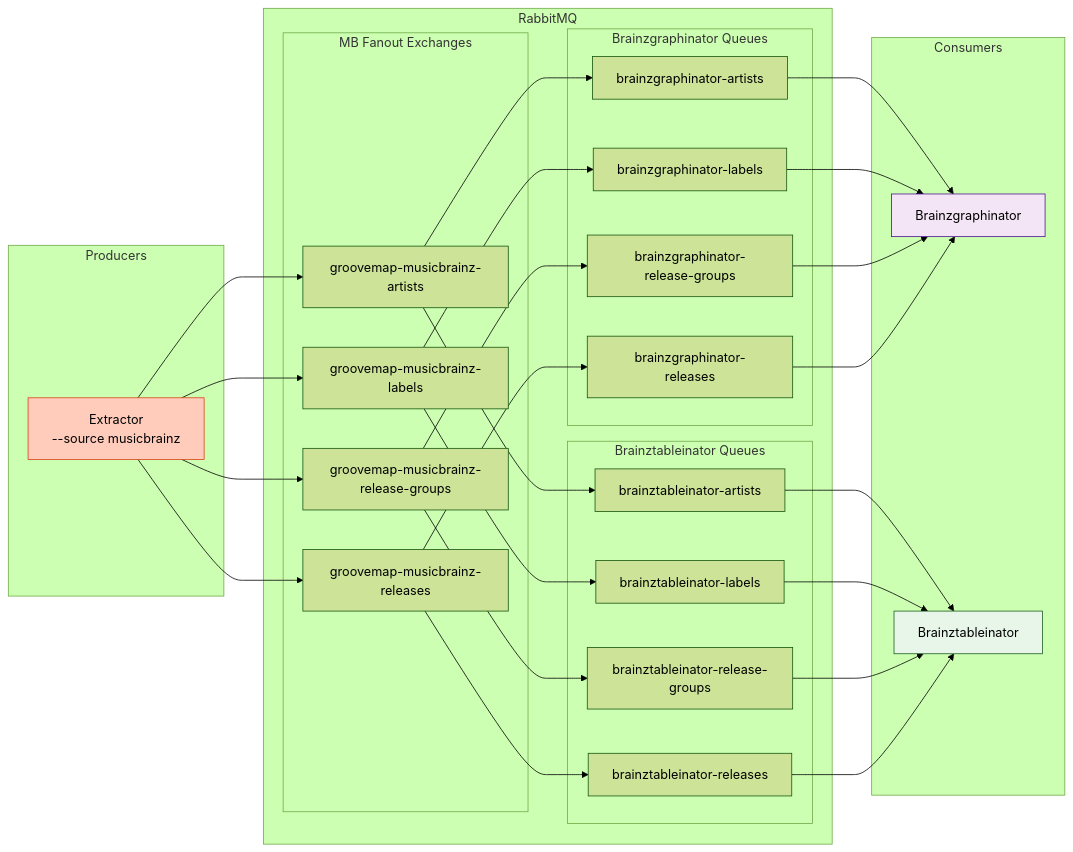
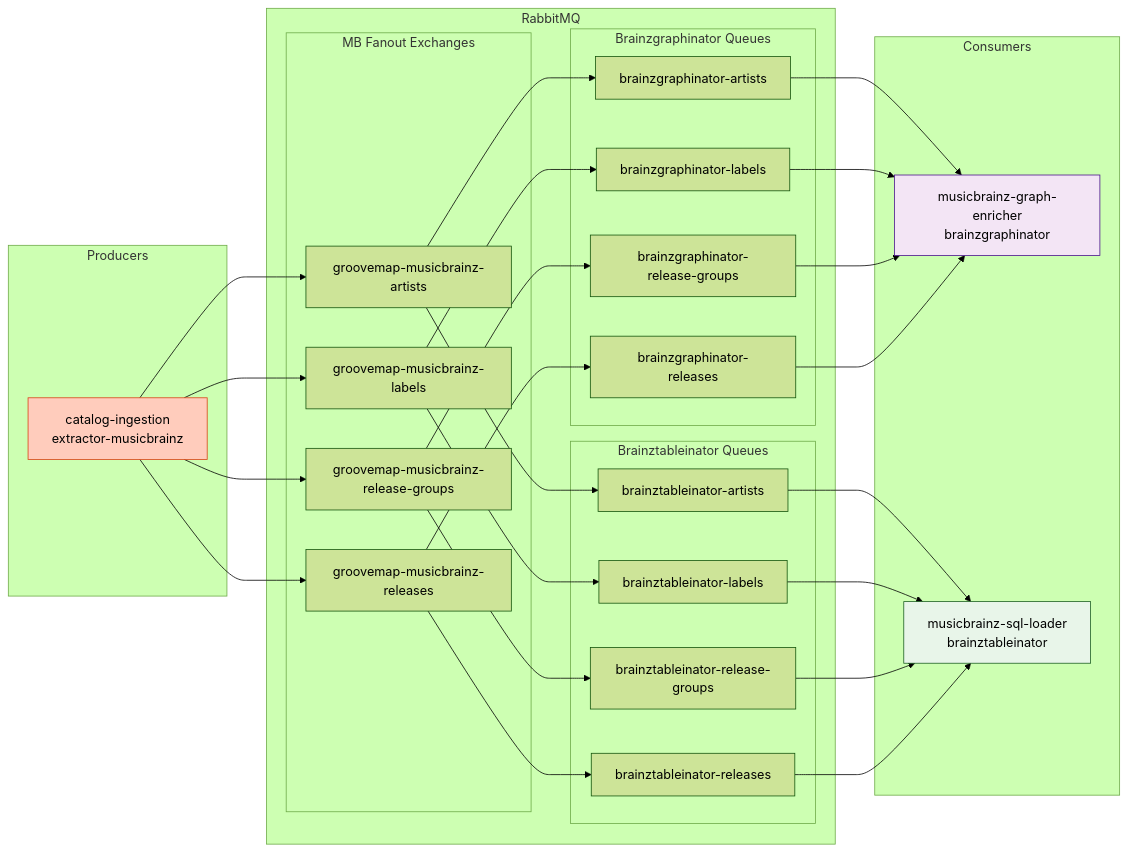
One commit to groovemap-music/deployment changed the sixth of 7 diagrams in docs/architecture.md. Above: the diagram before and after it, drawn with Mermaid (forest theme). The commit also changed other lines of this file and 19 other files, not shown here.

````diff
--- a/docs/architecture.md
+++ b/docs/architecture.md
@@ -704,48 +710,48 @@
 ```mermaid
 graph LR
     subgraph Producers
-        EXT_MB[Extractor<br/>--source musicbrainz]
+        EXT_MB[catalog-ingestion<br/>extractor-musicbrainz]
     end
 
     subgraph RabbitMQ
         subgraph MB Fanout Exchanges
             MAQ[groovemap-musicbrainz-artists]
             MLQ[groovemap-musicbrainz-labels]
             MRGQ[groovemap-musicbrainz-release-groups]
             MRQ[groovemap-musicbrainz-releases]
         end
 
         subgraph Brainzgraphinator Queues
             BGA[brainzgraphinator-artists]
             BGL[brainzgraphinator-labels]
             BGRG[brainzgraphinator-release-groups]
             BGR[brainzgraphinator-releases]
         end
 
         subgraph Brainztableinator Queues
             BTA[brainztableinator-artists]
             BTL[brainztableinator-labels]
             BTRG[brainztableinator-release-groups]
             BTR[brainztableinator-releases]
         end
     end
 
     subgraph Consumers
-        BGRAPH[Brainzgraphinator]
-        BTABLE[Brainztableinator]
+        BGRAPH[musicbrainz-graph-enricher<br/>brainzgraphinator]
+        BTABLE[musicbrainz-sql-loader<br/>brainztableinator]
     end
 
     EXT_MB --> MAQ & MLQ & MRGQ & MRQ
 
     MAQ --> BGA & BTA
     MLQ --> BGL & BTL
     MRGQ --> BGRG & BTRG
     MRQ --> BGR & BTR
 
     BGA & BGL & BGRG & BGR --> BGRAPH
     BTA & BTL & BTRG & BTR --> BTABLE
 
     style EXT_MB fill:#ffccbc,stroke:#d84315
     style BGRAPH fill:#f3e5f5,stroke:#4a148c
     style BTABLE fill:#e8f5e9,stroke:#1b5e20
 ```
````
